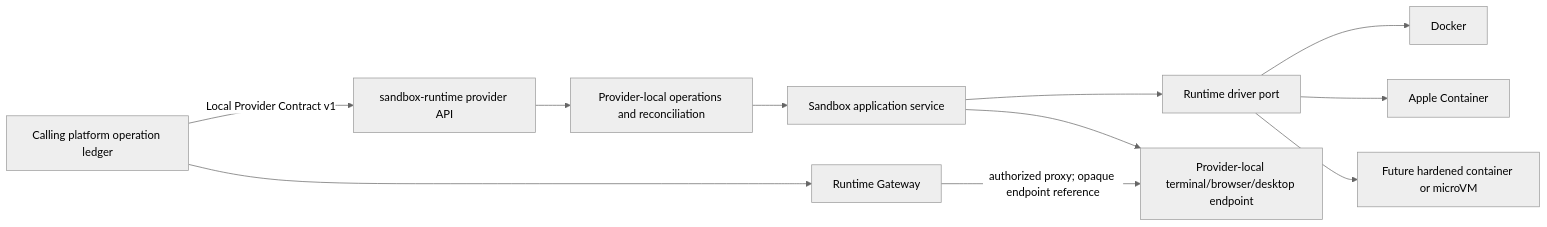
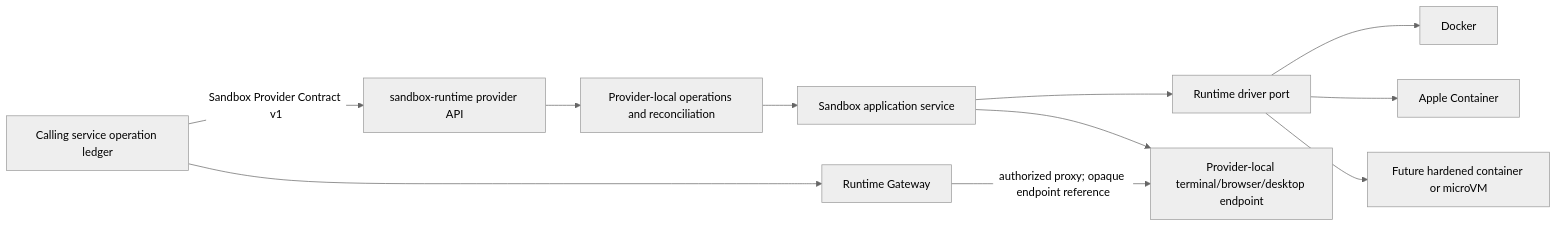
One commit to shell-echo/sandbox-runtime changed the diagram in docs/architecture.md. Above: the diagram before and after it, drawn with Mermaid (neutral theme). The commit also changed other lines of this file and 17 other files, not shown here.

Commit message:
docs(contract): define generic provider calling standard

````diff
--- a/docs/architecture.md
+++ b/docs/architecture.md
@@ -42,13 +43,13 @@
 ```mermaid
 flowchart LR
-    AP["Calling platform operation ledger"] -->|"Local Provider Contract v1"| PA["sandbox-runtime provider API"]
+    AP["Calling service operation ledger"] -->|"Sandbox Provider Contract v1"| PA["sandbox-runtime provider API"]
     AP --> RG["Runtime Gateway"]
     PA --> OS["Provider-local operations and reconciliation"]
     OS --> SS["Sandbox application service"]
     SS --> DR["Runtime driver port"]
     DR --> DO["Docker"]
     DR --> AC["Apple Container"]
     DR --> VM["Future hardened container or microVM"]
     RG -->|"authorized proxy; opaque endpoint reference"| EP["Provider-local terminal/browser/desktop endpoint"]
     SS --> EP
 ```
````
